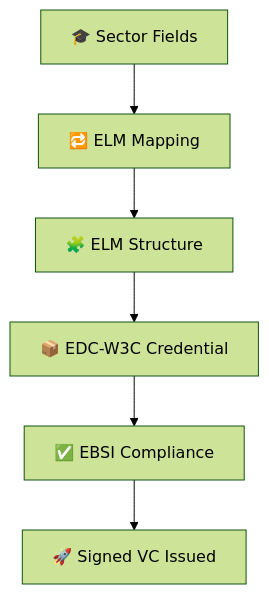
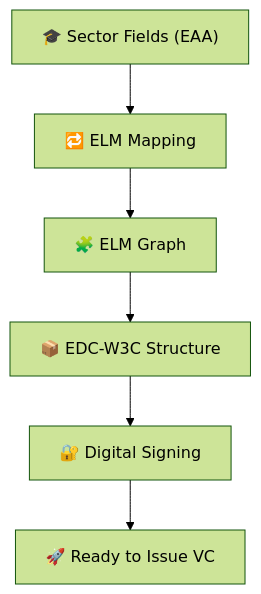
The third of 3 diagrams in sectorial-eaa-catalogue/schemes-data-models/EDC-W3C-Credential-Process-Guide.md (dc4eu/educational-pilot), drawn with Mermaid (forest theme) before and after one commit. The commit also changed other lines of this file, not shown here.

````diff
--- a/sectorial-eaa-catalogue/schemes-data-models/EDC-W3C-Credential-Process-Guide.md
+++ b/sectorial-eaa-catalogue/schemes-data-models/EDC-W3C-Credential-Process-Guide.md
@@ -217,11 +241,11 @@
 ```mermaid
 flowchart TD
-  FIELDS["🎓 Sector Fields"]
+  FIELDS["🎓 Sector Fields (EAA)"]
   MAPPING["🔁 ELM Mapping"]
-  ELMSTRUCT["🧩 ELM Structure"]
-  VCSTRUCT["📦 EDC-W3C Credential"]
-  EBSIRULES["✅ EBSI Compliance"]
-  OUTPUT["🚀 Signed VC Issued"]
+  ELMSTRUCT["🧩 ELM Graph"]
+  VCSTRUCT["📦 EDC-W3C Structure"]
+  SIGNING["🔐 Digital Signing"]
+  OUTPUT["🚀 Ready to Issue VC"]
 
-  FIELDS --> MAPPING --> ELMSTRUCT --> VCSTRUCT --> EBSIRULES --> OUTPUT
+  FIELDS --> MAPPING --> ELMSTRUCT --> VCSTRUCT --> SIGNING --> OUTPUT
 ```
````
